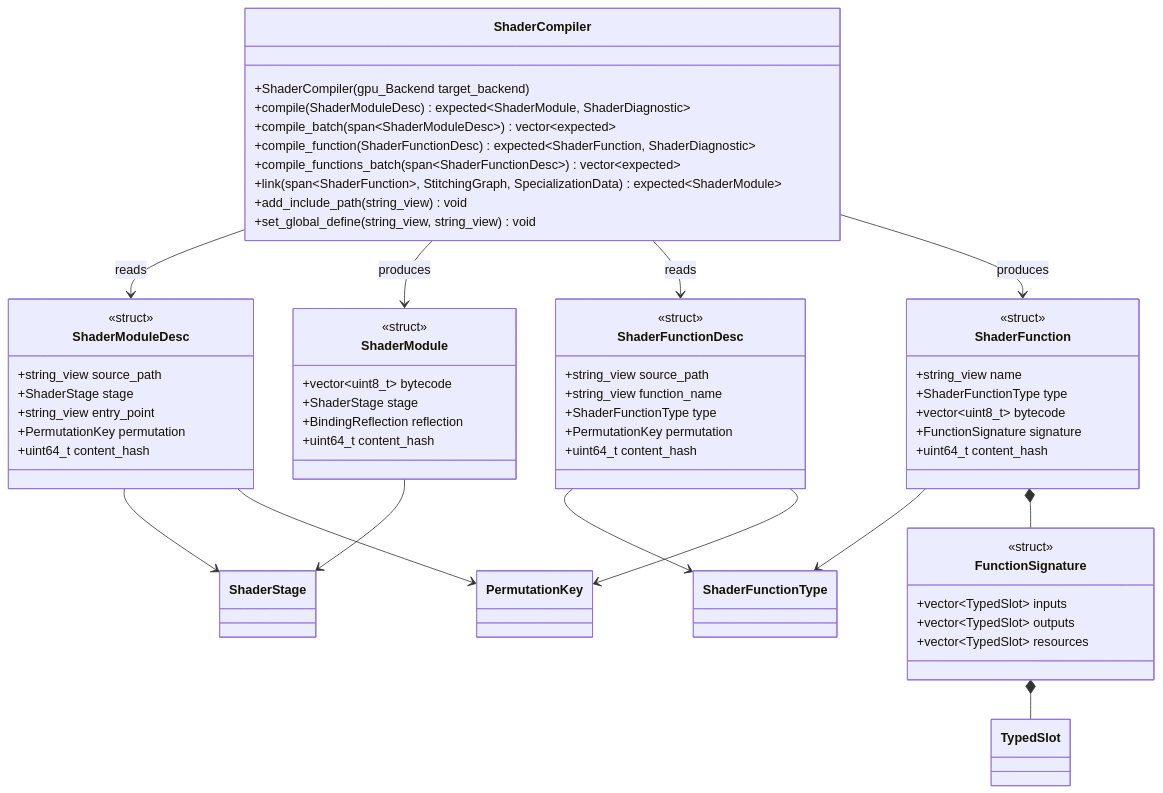
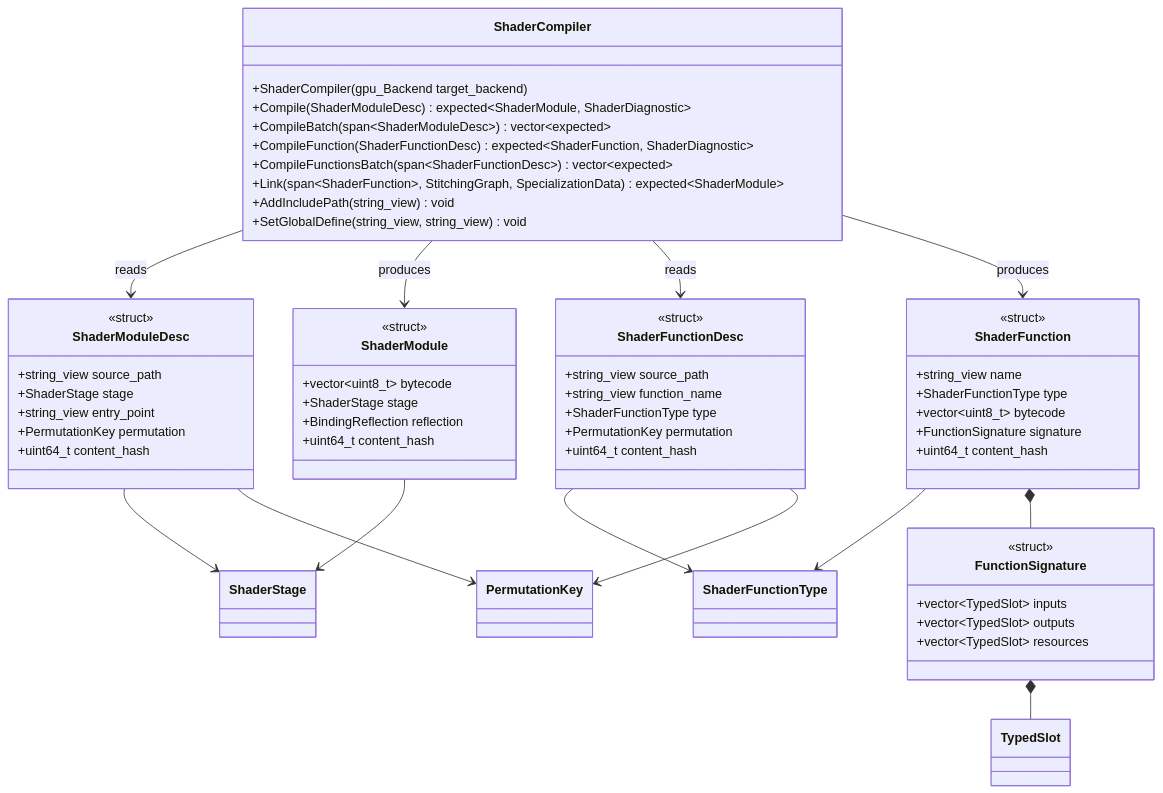
The third of 16 diagrams in docs/design/shader-pipeline-classes.md (harmonius-dev/harmonius), drawn with Mermaid before and after one commit. The commit also changed other lines of this file and 67 other files, not shown here.

````diff
--- a/docs/design/shader-pipeline-classes.md
+++ b/docs/design/shader-pipeline-classes.md
@@ -155,63 +155,63 @@
 ```mermaid
 classDiagram
     class ShaderModuleDesc {
         <<struct>>
         +string_view source_path
         +ShaderStage stage
         +string_view entry_point
         +PermutationKey permutation
         +uint64_t content_hash
     }
     class ShaderModule {
         <<struct>>
         +vector~uint8_t~ bytecode
         +ShaderStage stage
         +BindingReflection reflection
         +uint64_t content_hash
     }
     class ShaderFunctionDesc {
         <<struct>>
         +string_view source_path
         +string_view function_name
         +ShaderFunctionType type
         +PermutationKey permutation
         +uint64_t content_hash
     }
     class ShaderFunction {
         <<struct>>
         +string_view name
         +ShaderFunctionType type
         +vector~uint8_t~ bytecode
         +FunctionSignature signature
         +uint64_t content_hash
     }
     class FunctionSignature {
         <<struct>>
         +vector~TypedSlot~ inputs
         +vector~TypedSlot~ outputs
         +vector~TypedSlot~ resources
     }
     class ShaderCompiler {
         +ShaderCompiler(gpu_Backend target_backend)
-        +compile(ShaderModuleDesc) expected~ShaderModule, ShaderDiagnostic~
-        +compile_batch(span~ShaderModuleDesc~) vector~expected~
-        +compile_function(ShaderFunctionDesc) expected~ShaderFunction, ShaderDiagnostic~
-        +compile_functions_batch(span~ShaderFunctionDesc~) vector~expected~
-        +link(span~ShaderFunction~, StitchingGraph, SpecializationData) expected~ShaderModule~
-        +add_include_path(string_view) void
-        +set_global_define(string_view, string_view) void
+        +Compile(ShaderModuleDesc) expected~ShaderModule, ShaderDiagnostic~
+        +CompileBatch(span~ShaderModuleDesc~) vector~expected~
+        +CompileFunction(ShaderFunctionDesc) expected~ShaderFunction, ShaderDiagnostic~
+        +CompileFunctionsBatch(span~ShaderFunctionDesc~) vector~expected~
+        +Link(span~ShaderFunction~, StitchingGraph, SpecializationData) expected~ShaderModule~
+        +AddIncludePath(string_view) void
+        +SetGlobalDefine(string_view, string_view) void
     }
 
     ShaderModuleDesc --> ShaderStage
     ShaderModuleDesc --> PermutationKey
     ShaderModule --> ShaderStage
     ShaderFunctionDesc --> ShaderFunctionType
     ShaderFunctionDesc --> PermutationKey
     ShaderFunction --> ShaderFunctionType
     ShaderFunction *-- FunctionSignature
     FunctionSignature *-- TypedSlot
     ShaderCompiler --> ShaderModuleDesc : reads
     ShaderCompiler --> ShaderModule : produces
     ShaderCompiler --> ShaderFunctionDesc : reads
     ShaderCompiler --> ShaderFunction : produces
 ```
````
